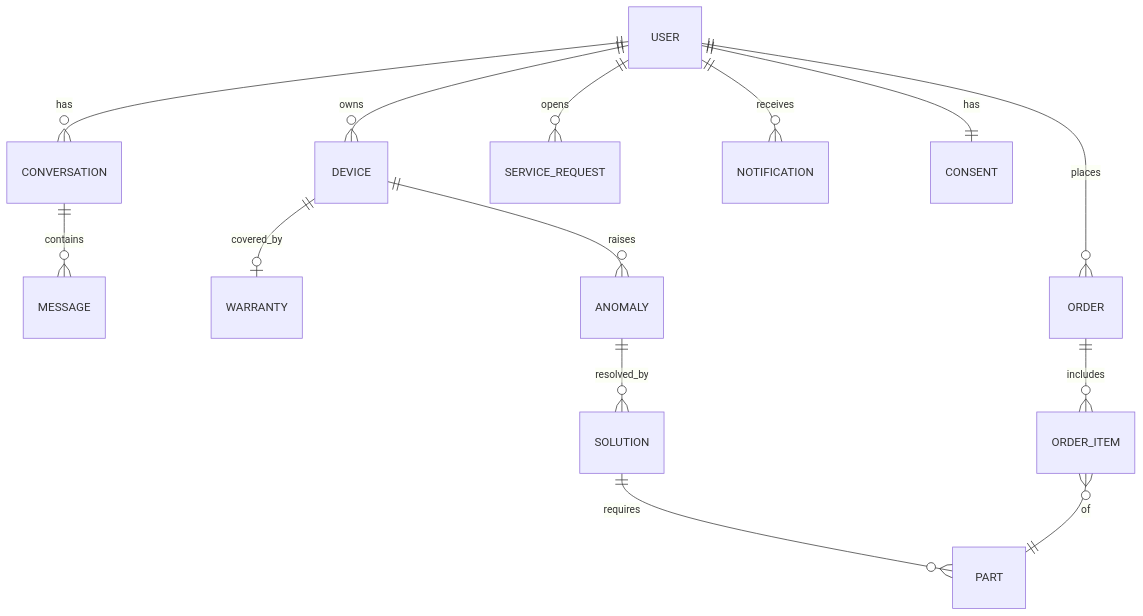
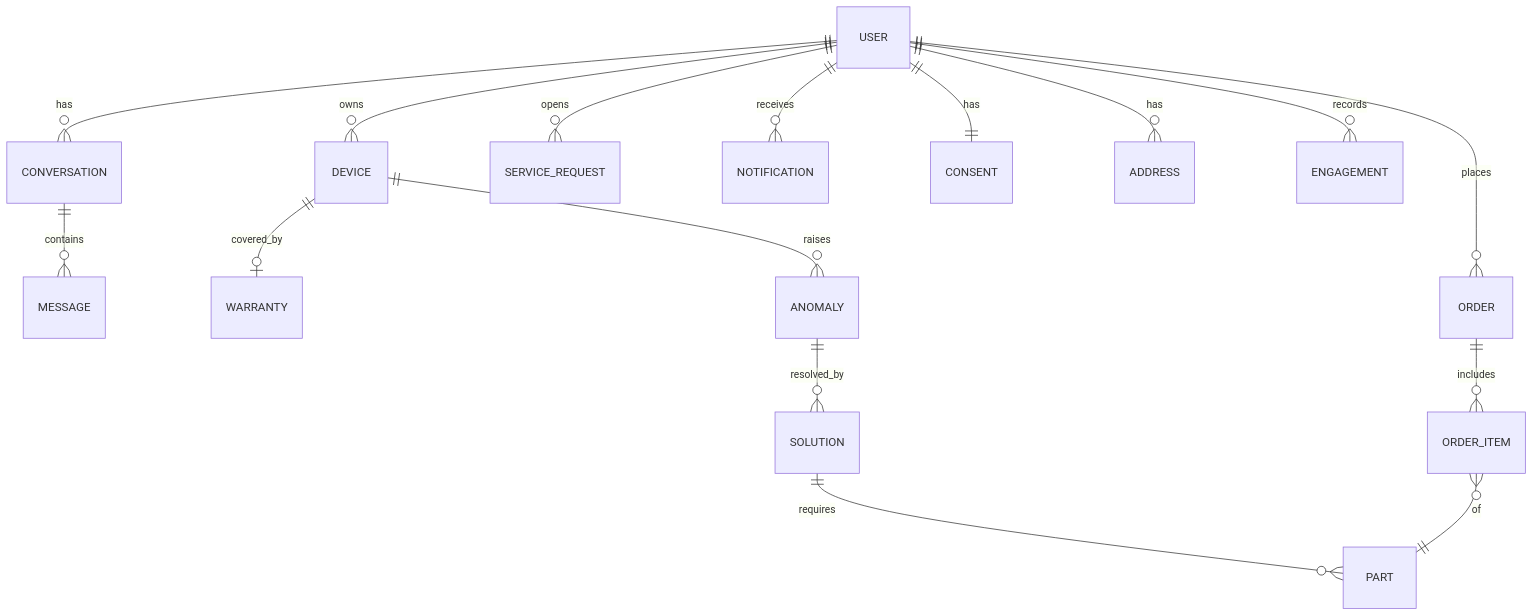
The diagram in docs/data-model.md (92LEEJUN/rubicon-3), drawn with Mermaid before and after one commit. The commit also changed other lines of this file and 4 other files, not shown here.

First line of the commit message:
spec/doc: 도메인 보강 — Engagement(확인 정보) + User 도메인 + 도메인 맵

````diff
--- a/docs/data-model.md
+++ b/docs/data-model.md
@@ -94,16 +102,18 @@
 ```mermaid
 erDiagram
   USER ||--o{ DEVICE : owns
   USER ||--o{ CONVERSATION : has
   CONVERSATION ||--o{ MESSAGE : contains
   DEVICE ||--o| WARRANTY : covered_by
   DEVICE ||--o{ ANOMALY : raises
   ANOMALY ||--o{ SOLUTION : resolved_by
   SOLUTION ||--o{ PART : requires
   USER ||--o{ ORDER : places
   ORDER ||--o{ ORDER_ITEM : includes
   ORDER_ITEM }o--|| PART : of
   USER ||--o{ SERVICE_REQUEST : opens
   USER ||--o{ NOTIFICATION : receives
   USER ||--|| CONSENT : has
+  USER ||--o{ ADDRESS : has
+  USER ||--o{ ENGAGEMENT : records
 ```
````
